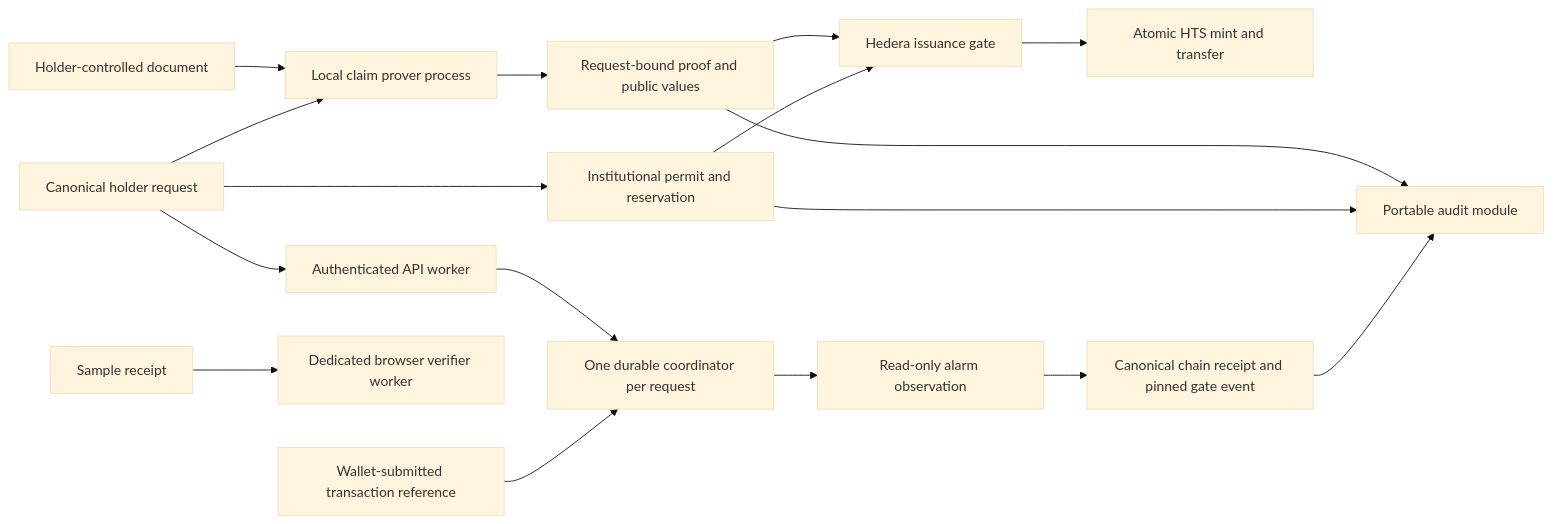
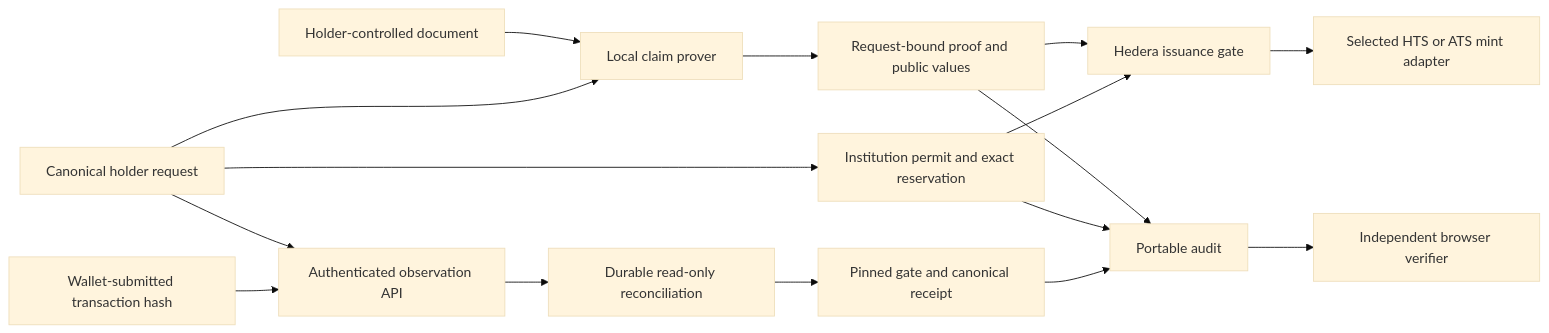
Before and after one commit to trionlabs/ultratokenizer: the diagram in README.md, drawn with Mermaid (base theme). The commit also changed other lines of this file and 5 other files, not shown here.

First line of the commit message:
docs(architecture): align the explorer and release boundaries

````diff
--- a/README.md
+++ b/README.md
@@ -22,19 +25,18 @@
 ```mermaid
 flowchart LR
-  Document[Holder-controlled document] --> Local[Local claim prover process]
+  Document[Holder-controlled document] --> Local[Local claim prover]
+  Request[Canonical holder request] --> Local
   Local --> Proof[Request-bound proof and public values]
-  Request[Canonical holder request] --> Local
-  Request --> Permit[Institutional permit and reservation]
+  Request --> Permit[Institution permit and exact reservation]
   Proof --> Gate[Hedera issuance gate]
   Permit --> Gate
-  Gate --> HTS[Atomic HTS mint and transfer]
-  Request --> API[Authenticated API worker]
-  API --> Coordinator[One durable coordinator per request]
-  Wallet[Wallet-submitted transaction reference] --> Coordinator
-  Coordinator --> Observer[Read-only alarm observation]
-  Observer --> Chain[Canonical chain receipt and pinned gate event]
-  Proof --> Audit[Portable audit module]
+  Gate --> Token[Selected HTS or ATS mint adapter]
+  Request --> API[Authenticated observation API]
+  Wallet[Wallet-submitted transaction hash] --> API
+  API --> Observer[Durable read-only reconciliation]
+  Observer --> Chain[Pinned gate and canonical receipt]
+  Proof --> Audit[Portable audit]
   Permit --> Audit
   Chain --> Audit
-  Sample[Sample receipt] --> Browser[Dedicated browser verifier worker]
+  Audit --> Browser[Independent browser verifier]
 ```
````
